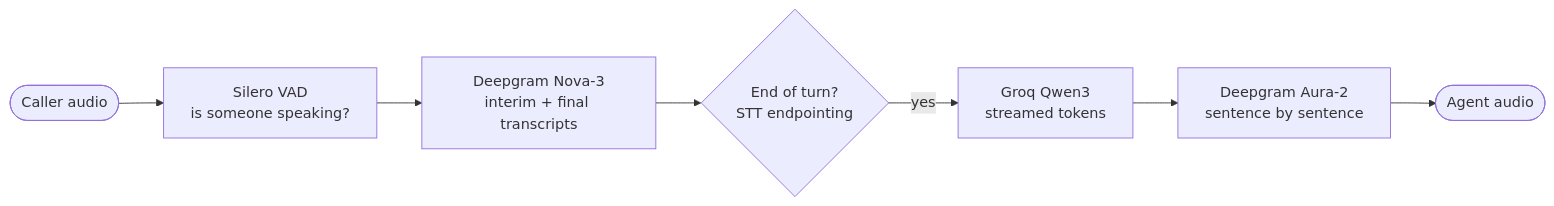
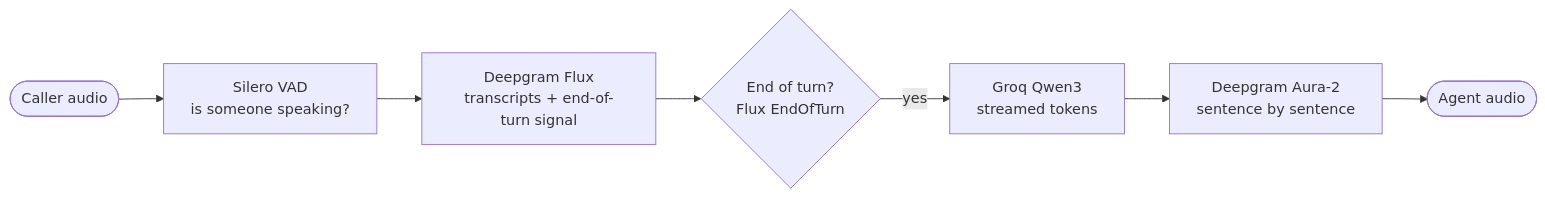
The third of 3 diagrams in docs/architecture.md (csjames03/hello-po), drawn with Mermaid before and after one commit. The commit also changed other lines of this file and 25 other files, not shown here.

````diff
--- a/docs/architecture.md
+++ b/docs/architecture.md
@@ -164,9 +166,9 @@
 ```mermaid
 flowchart LR
     Mic([Caller audio]) --> VAD
     VAD["Silero VAD<br/>is someone speaking?"] --> STT
-    STT["Deepgram Nova-3<br/>interim + final transcripts"] --> EOT
-    EOT{"End of turn?<br/>STT endpointing"} -->|yes| LLM
+    STT["Deepgram Flux<br/>transcripts + end-of-turn signal"] --> EOT
+    EOT{"End of turn?<br/>Flux EndOfTurn"} -->|yes| LLM
     LLM["Groq Qwen3<br/>streamed tokens"] --> TTS
     TTS["Deepgram Aura-2<br/>sentence by sentence"] --> Out([Agent audio])
 ```
````
